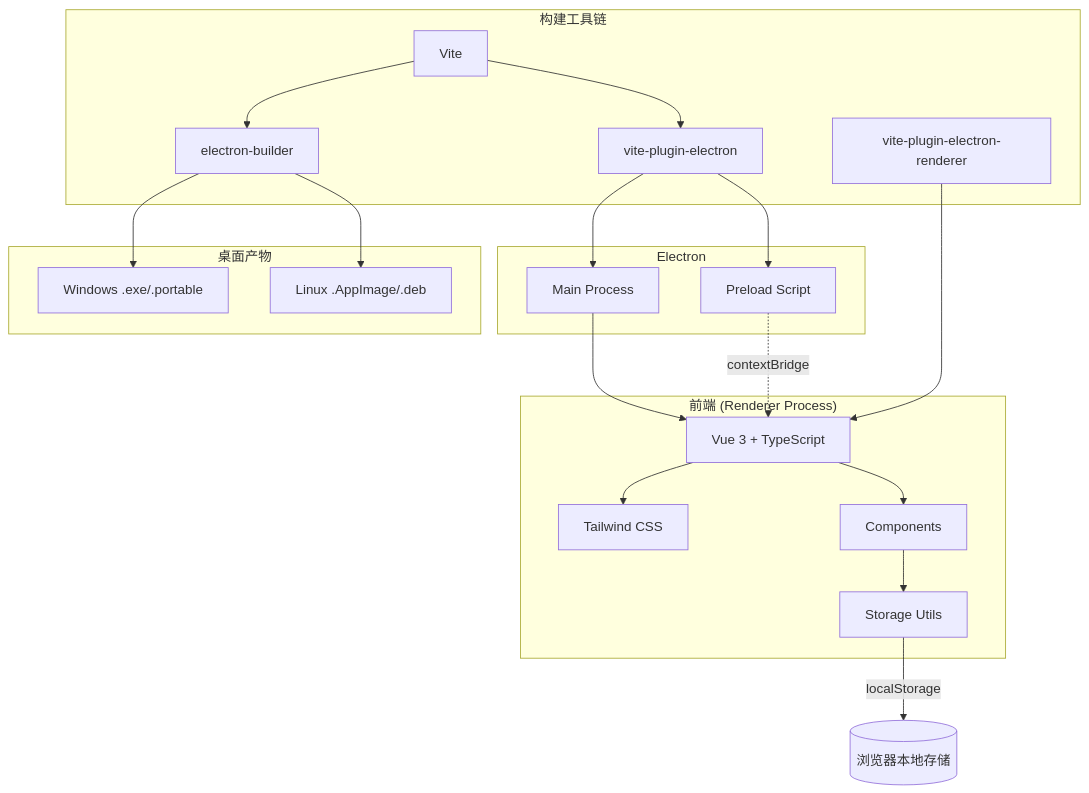
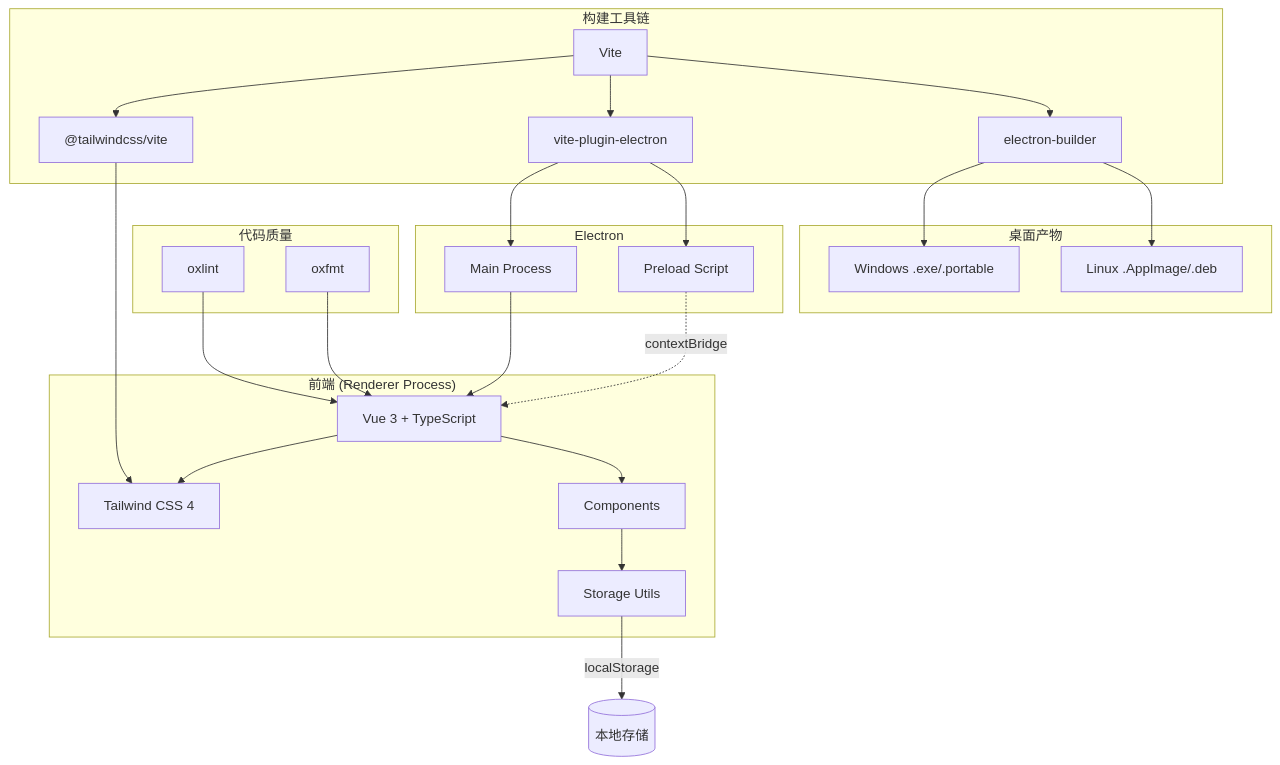
One commit to xingwangzhe/mydiary changed the diagram in README.md. Above: the diagram before and after it, drawn with Mermaid. The commit also changed other lines of this file, not shown here.

````diff
--- a/README.md
+++ b/README.md
@@ -68,43 +73,50 @@
 ```mermaid
 graph TB
     subgraph "前端 (Renderer Process)"
         VUE[Vue 3 + TypeScript]
-        TW[Tailwind CSS]
+        TW[Tailwind CSS 4]
         CP[Components]
         ST[Storage Utils]
     end
 
     subgraph "Electron"
         MAIN[Main Process]
         PRE[Preload Script]
     end
 
     subgraph "构建工具链"
         VITE[Vite]
+        TWCSS["@tailwindcss/vite"]
         VPE[vite-plugin-electron]
-        VPRE[vite-plugin-electron-renderer]
         EB[electron-builder]
+    end
+
+    subgraph "代码质量"
+        OXL[oxlint]
+        OXF[oxfmt]
     end
 
     subgraph "桌面产物"
         WIN[Windows .exe/.portable]
         LINUX[Linux .AppImage/.deb]
     end
 
     VUE --> TW
     VUE --> CP
     CP --> ST
-    ST -->|localStorage| D[(浏览器本地存储)]
+    ST -->|localStorage| D[(本地存储)]
 
+    VITE --> TWCSS --> TW
     VITE --> VPE
     VPE --> MAIN
     VPE --> PRE
     MAIN --> VUE
     PRE -.->|contextBridge| VUE
 
     VITE --> EB
     EB --> WIN
     EB --> LINUX
 
-    VPRE --> VUE
+    OXL --> VUE
+    OXF --> VUE
 ```
````
